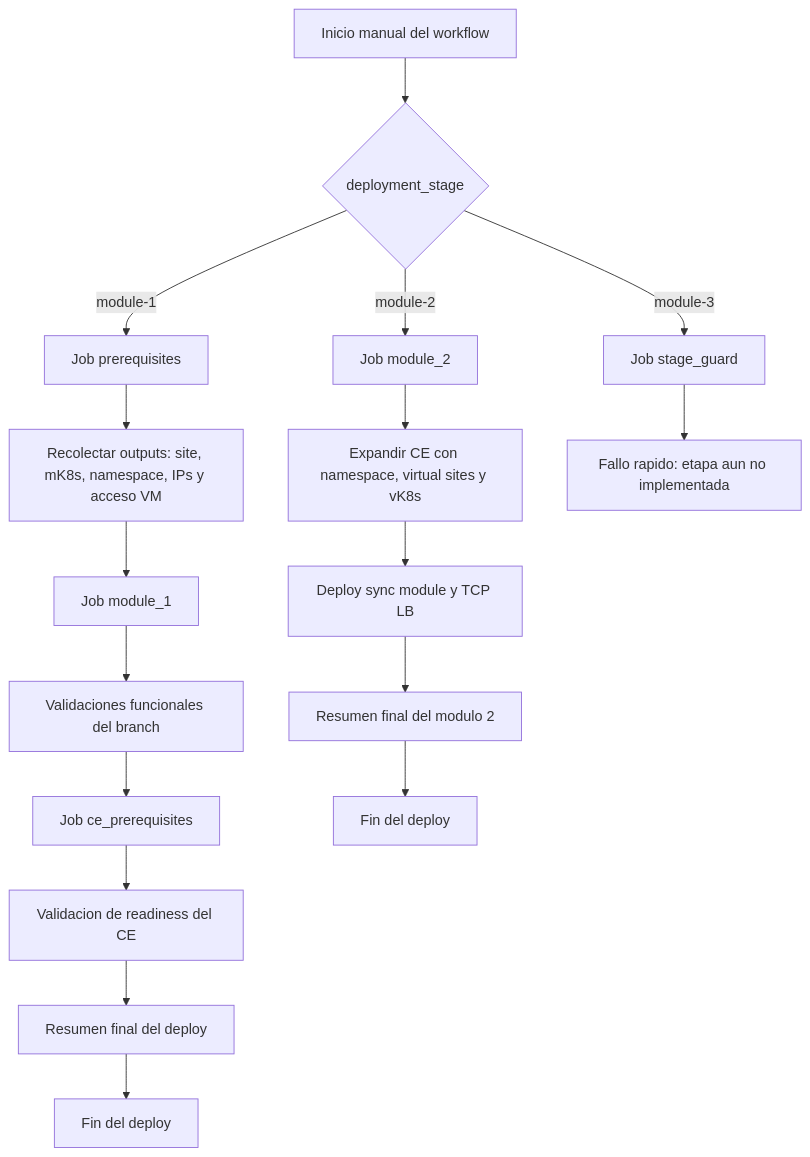
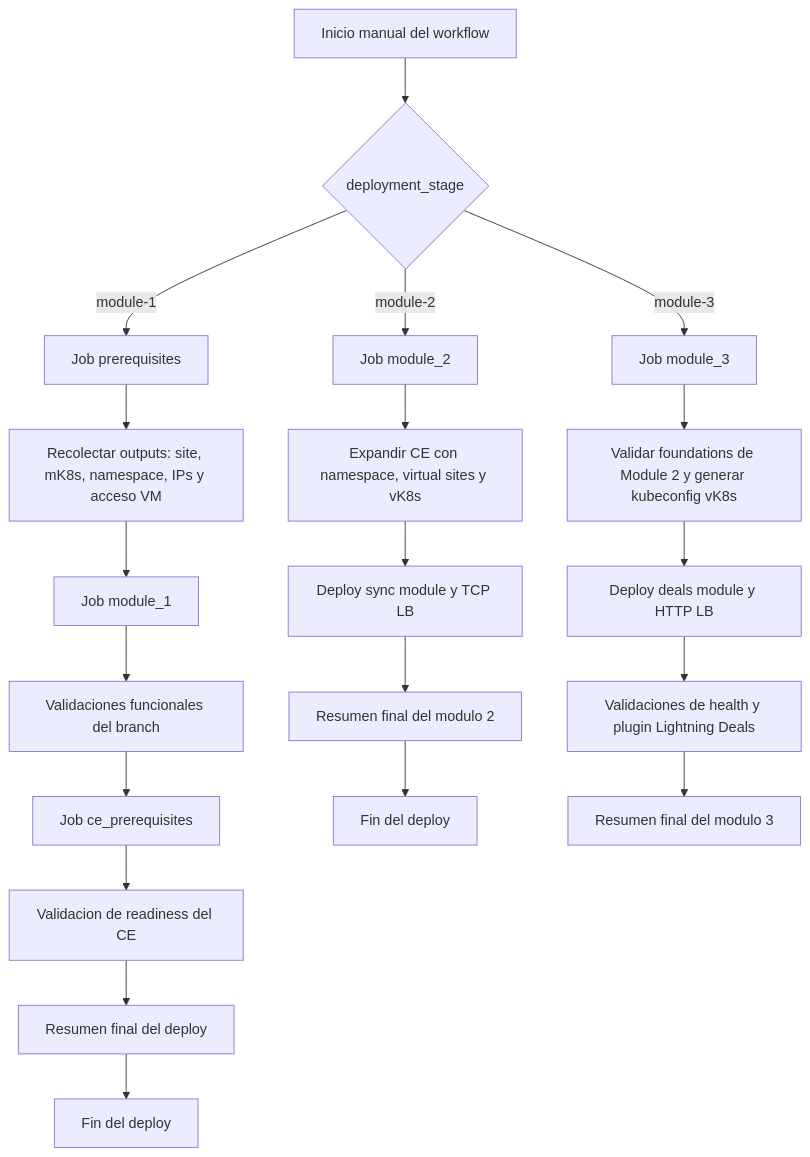
Before and after one commit to ocpdata/xcawsedgedemoguide: the first of 14 diagrams in descripcion.md, drawn with Mermaid. The commit also changed other lines of this file and 9 other files, not shown here.

````diff
--- a/descripcion.md
+++ b/descripcion.md
@@ -68,19 +69,22 @@
 ```mermaid
 flowchart TD
     A[Inicio manual del workflow] --> B{deployment_stage}
     B -->|module-1| C[Job prerequisites]
     C --> D[Recolectar outputs: site, mK8s, namespace, IPs y acceso VM]
     D --> E[Job module_1]
     E --> F[Validaciones funcionales del branch]
     F --> G[Job ce_prerequisites]
     G --> H[Validacion de readiness del CE]
     H --> I[Resumen final del deploy]
     I --> J[Fin del deploy]
     B -->|module-2| K[Job module_2]
     K --> L[Expandir CE con namespace, virtual sites y vK8s]
     L --> M[Deploy sync module y TCP LB]
     M --> N[Resumen final del modulo 2]
     N --> O[Fin del deploy]
-    B -->|module-3| P[Job stage_guard]
-    P --> Q[Fallo rapido: etapa aun no implementada]
+    B -->|module-3| P[Job module_3]
+    P --> Q[Validar foundations de Module 2 y generar kubeconfig vK8s]
+    Q --> R[Deploy deals module y HTTP LB]
+    R --> S[Validaciones de health y plugin Lightning Deals]
+    S --> T[Resumen final del modulo 3]
 ```
````
